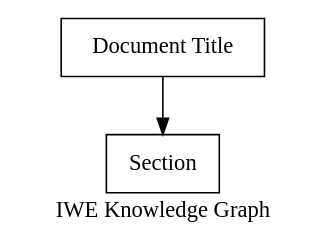
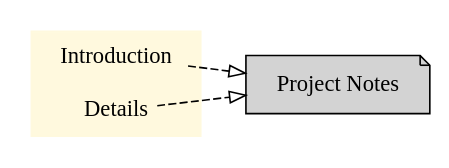
The second of 2 diagrams in CLI_COMMANDS.md (iwe-org/iwe), drawn with Graphviz before and after one commit. The commit also changed other lines of this file and 3 other files, not shown here.

````diff
--- a/CLI_COMMANDS.md
+++ b/CLI_COMMANDS.md
@@ -268,10 +287,21 @@
 ```dot
-digraph {
-    graph [label="IWE Knowledge Graph"]
-    node [shape=box]
-
-    "node1" [label="Document Title"]
-    "node2" [label="Section"]
-    "node1" -> "node2"
+digraph G {
+  rankdir=LR
+  
+  1[label="Project Notes",shape=note,style=filled]
+  2[label="Introduction",shape=plain]
+  3[label="Details",shape=plain]
+  
+  subgraph cluster_0 {
+    labeljust="l"
+    style=filled
+    color="#fff9de"
+    fillcolor="#fff9de"
+    2
+    3
+  }
+  
+  2 -> 1 [arrowhead="empty",style="dashed"]
+  3 -> 1 [arrowhead="empty",style="dashed"]
 }
 ```
````
